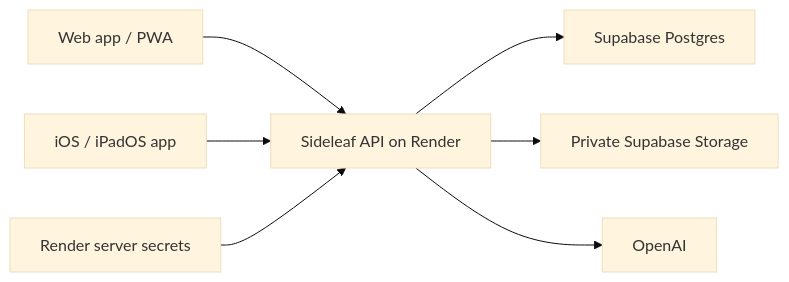
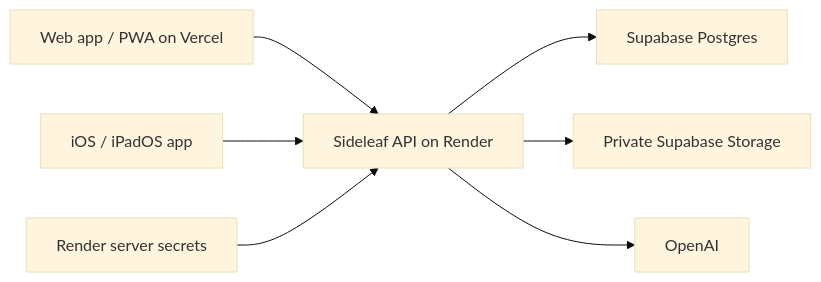
The diagram in docs/hosting-secrets.md (ThinkHale/Sideleaf), drawn with Mermaid (base theme) before and after one commit. The commit also changed other lines of this file and 1 other file, not shown here.

Commit message:
Document Vercel hosting and shared API deployment

````diff
--- a/docs/hosting-secrets.md
+++ b/docs/hosting-secrets.md
@@ -9,9 +9,9 @@
 ```mermaid
 flowchart LR
-  Web[Web app / PWA] --> API[Sideleaf API on Render]
+  Web[Web app / PWA on Vercel] --> API[Sideleaf API on Render]
   Native[iOS / iPadOS app] --> API
   API --> DB[Supabase Postgres]
   API --> Files[Private Supabase Storage]
   API --> AI[OpenAI]
   Secrets[Render server secrets] --> API
 ```
````
